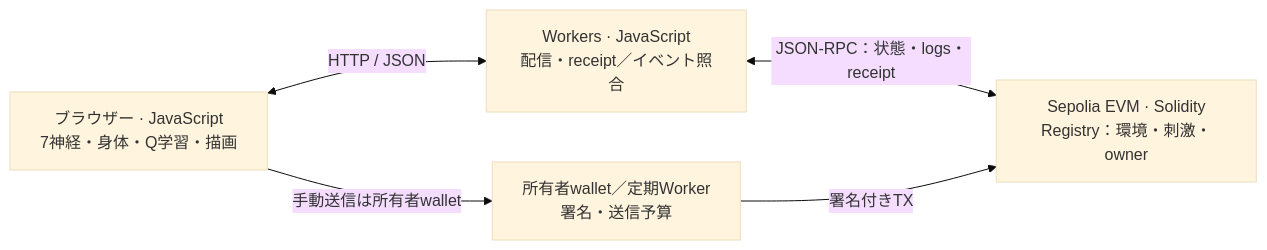
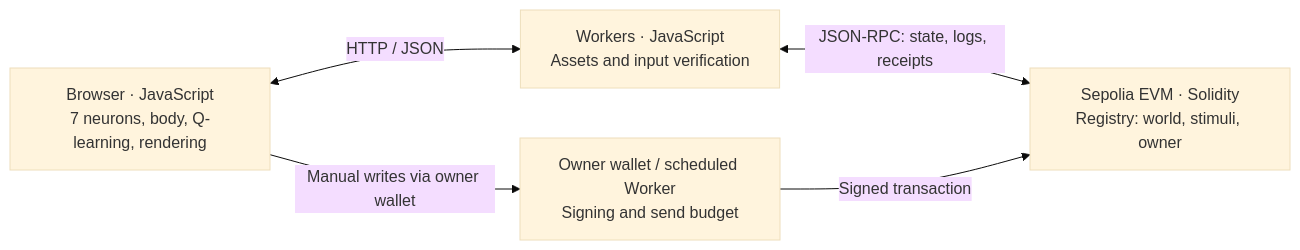
One commit to Polonity/ethglobaltokyo2026-bio-agent changed the first of 2 diagrams in docs/architecture.md. Above: the diagram before and after it, drawn with Mermaid (base theme). The commit also changed other lines of this file and 33 other files, not shown here.

````diff
--- a/docs/architecture.md
+++ b/docs/architecture.md
@@ -23,11 +23,11 @@
 ```mermaid
 flowchart LR
-  B["ブラウザー · JavaScript<br/>7神経・身体・Q学習・描画"]
-  G["Workers · JavaScript<br/>配信・receipt／イベント照合"]
-  S["所有者wallet／定期Worker<br/>署名・送信予算"]
-  C["Sepolia EVM · Solidity<br/>Registry：環境・刺激・owner"]
+  B["Browser · JavaScript<br/>7 neurons, body, Q-learning, rendering"]
+  G["Workers · JavaScript<br/>Assets and input verification"]
+  S["Owner wallet / scheduled Worker<br/>Signing and send budget"]
+  C["Sepolia EVM · Solidity<br/>Registry: world, stimuli, owner"]
   B <-->|HTTP / JSON| G
-  G <-->|JSON-RPC：状態・logs・receipt| C
-  B -->|手動送信は所有者wallet| S
-  S -->|署名付きTX| C
+  G <-->|JSON-RPC: state, logs, receipts| C
+  B -->|Manual writes via owner wallet| S
+  S -->|Signed transaction| C
 ```
````
